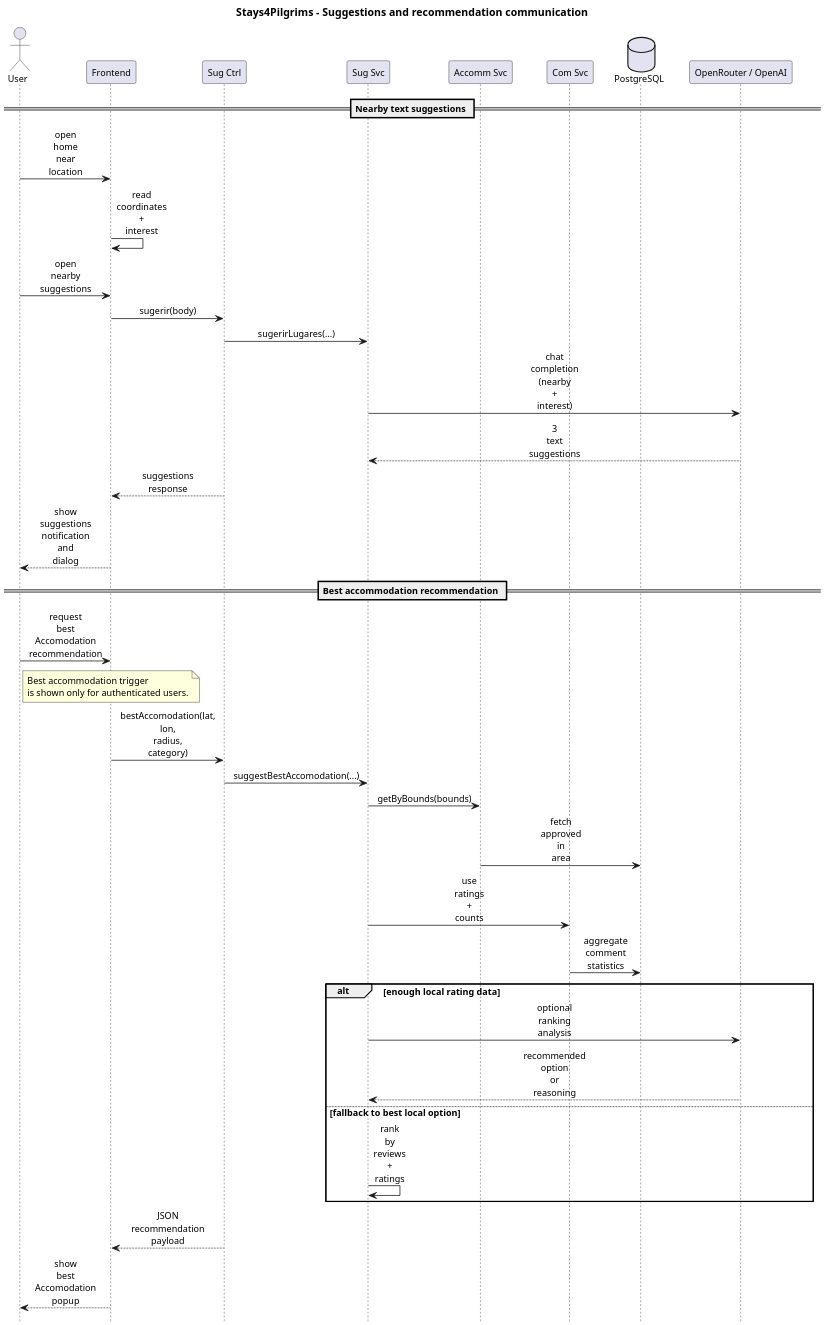
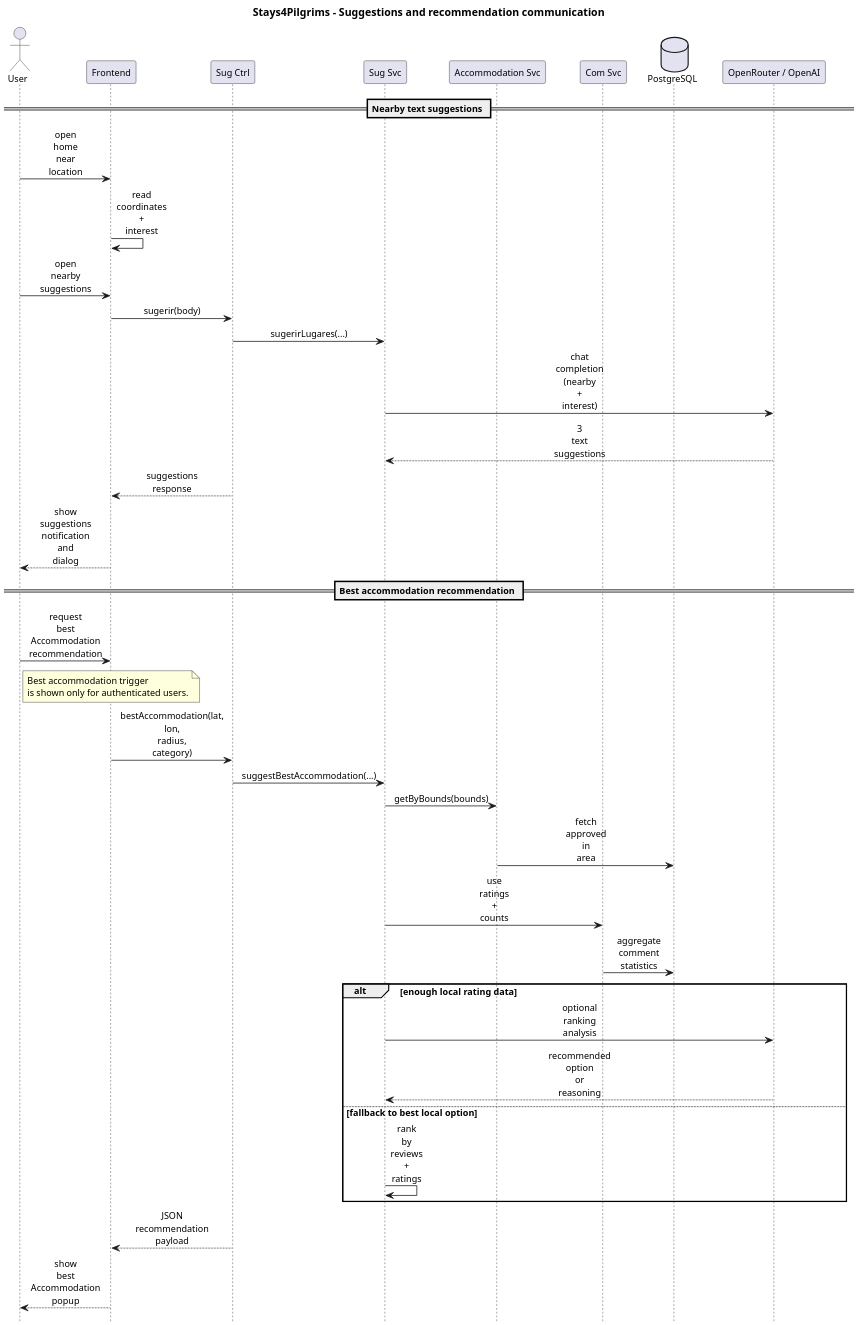
Before and after one commit to alegna83/cookbook-be: the diagram in docs/diagrams/communication-suggestions-flow.puml, drawn with PlantUML. The commit also changed 14 other files, not shown here.

Commit message:
docs: update architecture diagrams and accommodation spelling

```diff
--- a/docs/diagrams/communication-suggestions-flow.puml
+++ b/docs/diagrams/communication-suggestions-flow.puml
@@ -1,59 +1,59 @@
 @startuml
 title Stays4Pilgrims - Suggestions and recommendation communication
 hide footbox
 skinparam defaultFontName Arial
 skinparam defaultFontSize 12
 skinparam dpi 190
 skinparam maxMessageSize 22
 skinparam sequence {
   ParticipantPadding 18
   BoxPadding 12
   MessageAlign center
   ArrowThickness 1
 }
 
 actor User
 participant "Frontend" as FE
 participant "Sug Ctrl" as SuggestionController
 participant "Sug Svc" as SuggestionService
-participant "Accomm Svc" as AccomodationsService
+participant "Accommodation Svc" as AccommodationService
 participant "Com Svc" as CommentsService
 database "PostgreSQL" as DB
 participant "OpenRouter / OpenAI" as AI
 
 == Nearby text suggestions ==
 
 User -> FE : open home near location
 FE -> FE : read coordinates + interest
 
 User -> FE : open nearby suggestions
 FE -> SuggestionController : sugerir(body)
 SuggestionController -> SuggestionService : sugerirLugares(...)
 SuggestionService -> AI : chat completion\n(nearby + interest)
 AI --> SuggestionService : 3 text suggestions
 SuggestionController --> FE : suggestions response
 FE --> User : show suggestions notification and dialog
 
 == Best accommodation recommendation ==
 
-User -> FE : request best Accomodation recommendation
+User -> FE : request best Accommodation recommendation
 note over FE
 Best accommodation trigger
 is shown only for authenticated users.
 end note
-FE -> SuggestionController : bestAccomodation(lat, lon, radius, category)
-SuggestionController -> SuggestionService : suggestBestAccomodation(...)
-SuggestionService -> AccomodationsService : getByBounds(bounds)
-AccomodationsService -> DB : fetch approved in area
+FE -> SuggestionController : bestAccommodation(lat, lon, radius, category)
+SuggestionController -> SuggestionService : suggestBestAccommodation(...)
+SuggestionService -> AccommodationService : getByBounds(bounds)
+AccommodationService -> DB : fetch approved in area
 SuggestionService -> CommentsService : use ratings + counts
 CommentsService -> DB : aggregate comment statistics
 alt enough local rating data
   SuggestionService -> AI : optional ranking analysis
   AI --> SuggestionService : recommended option or reasoning
 else fallback to best local option
   SuggestionService -> SuggestionService : rank by reviews + ratings
 end
 SuggestionController --> FE : JSON recommendation payload
-FE --> User : show best Accomodation popup
+FE --> User : show best Accommodation popup
 
 @enduml
```
